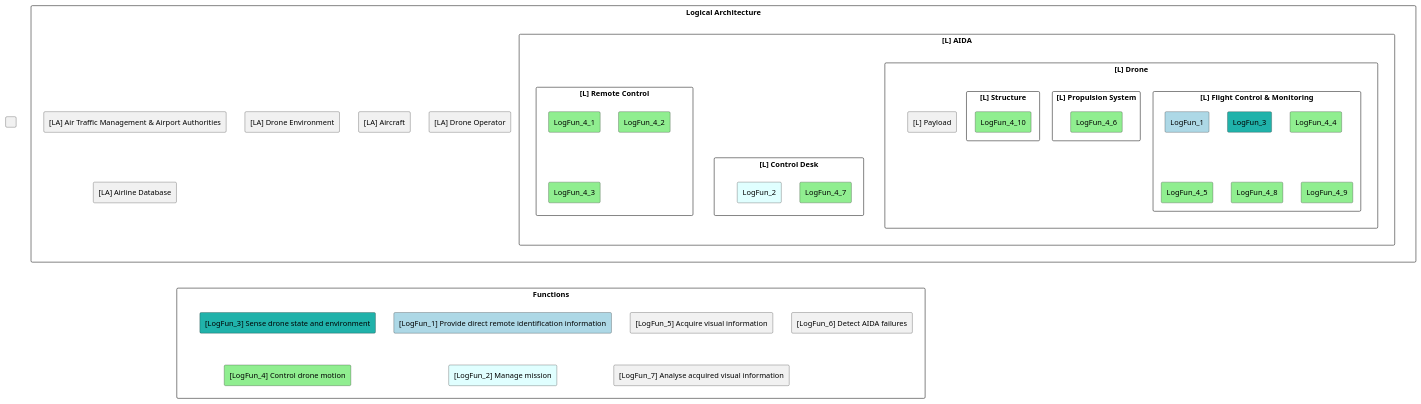
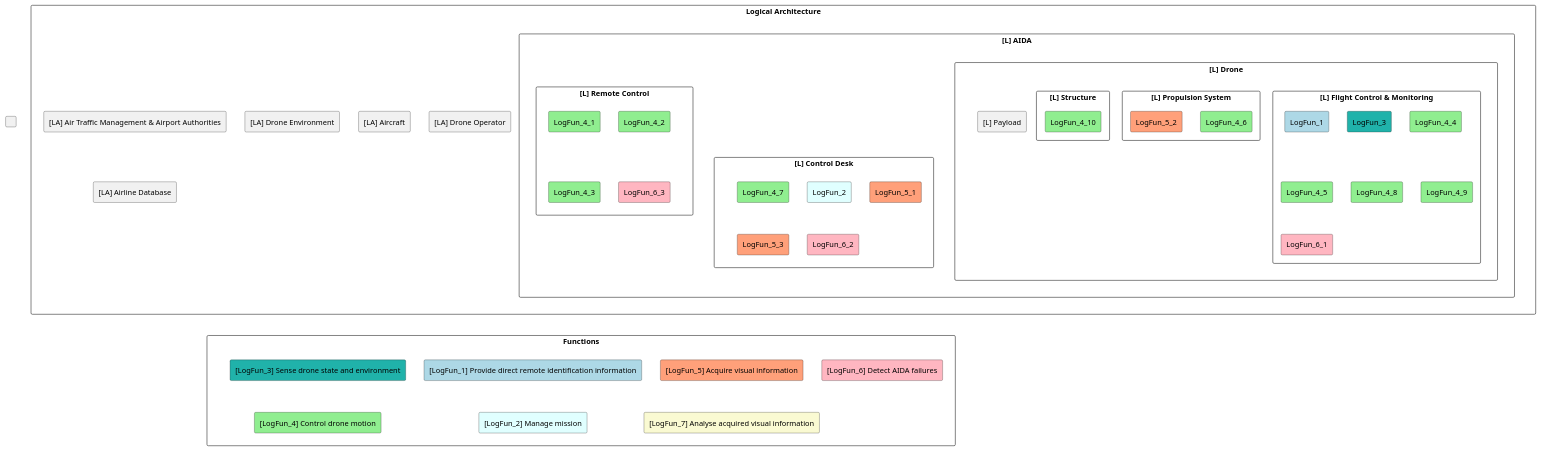
One commit to nidhal-selmi/DeciMaLExample changed the diagram in DroneDevelopment.plantuml. Above: the diagram before and after it, drawn with PlantUML.

Commit message:
Assigned Log Fun 6

```diff
--- a/DroneDevelopment.plantuml
+++ b/DroneDevelopment.plantuml
@@ -1,57 +1,64 @@
 @startuml
 !pragma useVerticalIf on        
 rectangle LA as "Logical Architecture" {
     rectangle "[L] AIDA" {
         rectangle "[L] Drone" as Drone {
             rectangle FlightControl as "[L] Flight Control & Monitoring" {
                 rectangle "LogFun_1" #lightblue
                 rectangle "LogFun_3" #LightSeaGreen
                 rectangle "LogFun_4_4" #LightGreen
                 rectangle "LogFun_4_5" #LightGreen
                 rectangle "LogFun_4_8" #LightGreen
                 rectangle "LogFun_4_9" #LightGreen
+                rectangle "LogFun_6_1" #LightPink
+                
             }
             rectangle PL as "[L] Payload"
             rectangle PS as "[L] Propulsion System"{
                 rectangle "LogFun_4_6" #LightGreen
+                rectangle "LogFun_5_2" #LightSalmon
             }
             rectangle STR as "[L] Structure"{
                 rectangle "LogFun_4_10" #LightGreen
             }
         }
         rectangle DESK as "[L] Control Desk" {
                 rectangle "LogFun_4_7" #LightGreen
                 rectangle "LogFun_2" #LightCyan
+                rectangle "LogFun_5_1" #LightSalmon
+                rectangle "LogFun_5_3" #LightSalmon
+                rectangle "LogFun_6_2" #LightPink
             }
         rectangle REMOTE as "[L] Remote Control"{
                 rectangle "LogFun_4_1" #LightGreen
                 rectangle "LogFun_4_2" #LightGreen
                 rectangle "LogFun_4_3" #LightGreen
+                rectangle "LogFun_6_3" #LightPink
             }
     }
 DESK -[hidden]u-> REMOTE
     rectangle OP as "[LA] Drone Operator"
     rectangle MGMNT as "[LA] Air Traffic Management & Airport Authorities"
     rectangle ENV as "[LA] Drone Environment"
     rectangle AC as "[LA] Aircraft"
     rectangle DTBS as "[LA] Airline Database"
 }
 
 rectangle "Functions" as Functions {
     rectangle LF1 as "[LogFun_1] Provide direct remote identification information" #lightblue
     rectangle LF2 as "[LogFun_2] Manage mission" #LightCyan
     rectangle LF3 as "[LogFun_3] Sense drone state and environment" #LightSeaGreen
     rectangle LF4 as "[LogFun_4] Control drone motion" #LightGreen
-    rectangle LF5 as "[LogFun_5] Acquire visual information"
-    rectangle LF6 as "[LogFun_6] Detect AIDA failures"
-    rectangle LF7 as "[LogFun_7] Analyse acquired visual information"
+    rectangle LF5 as "[LogFun_5] Acquire visual information" #LightSalmon
+    rectangle LF6 as "[LogFun_6] Detect AIDA failures" #LightPink
+    rectangle LF7 as "[LogFun_7] Analyse acquired visual information" #LightGoldenRodYellow
 }
 LF1 -[hidden]d-> LF2
 LF3 -[hidden]d-> LF4
 rectangle HELP as " "
 HELP -[hidden]r-> LA
 HELP -[hidden]r-> Functions
 LA --[hidden]d--> Functions
 Drone -[hidden]l-> OP
 AC -[hidden]l-> Drone
 @enduml
```
